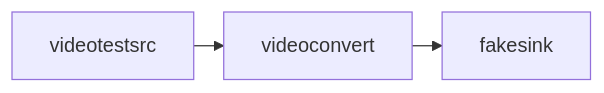
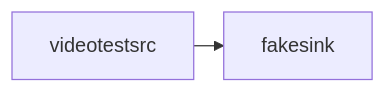
The diagram in docs/index.md (ashwoods/mixtape), drawn with Mermaid before and after one commit. The commit also changed other lines of this file and 6 other files, not shown here.

First line of the commit message:
docs: one install flow, one lead sentence, a visible result and a failure on the first page; development notes move to CONTRIBUTING.md

````diff
--- a/docs/index.md
+++ b/docs/index.md
@@ -48,10 +89,8 @@
 ```mermaid
 %%{init: {"flowchart": {"nodeSpacing": 20, "rankSpacing": 24, "subGraphTitleMargin": {"top": 4, "bottom": 12}}}}%%
 flowchart LR
   %% hello
   p0n0["videotestsrc"]
-  p0n1["videoconvert"]
-  p0n2["fakesink"]
+  p0n1["fakesink"]
   p0n0 --> p0n1
-  p0n1 --> p0n2
 ```
````
